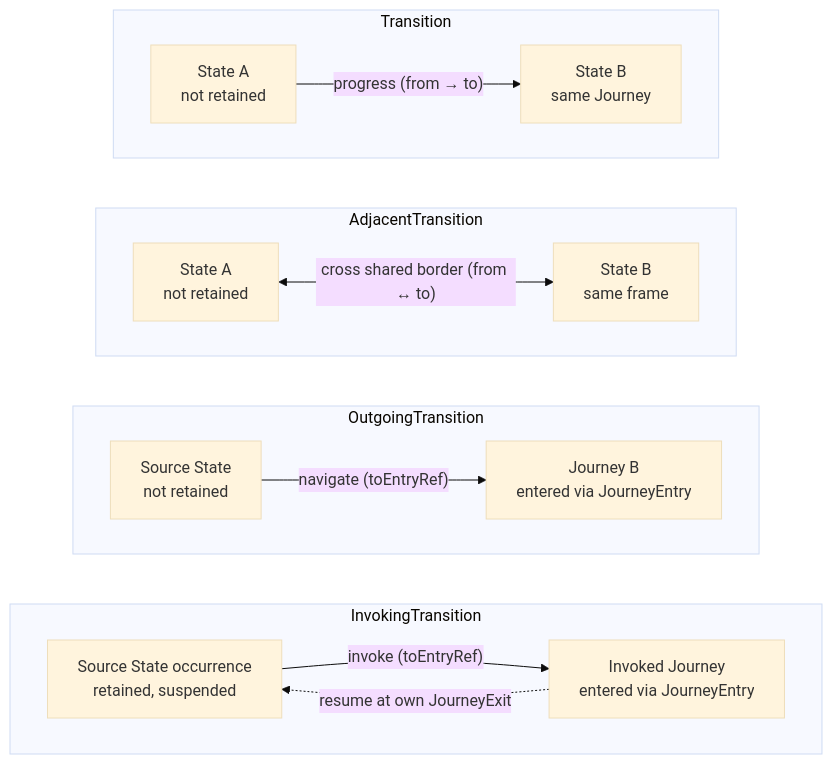
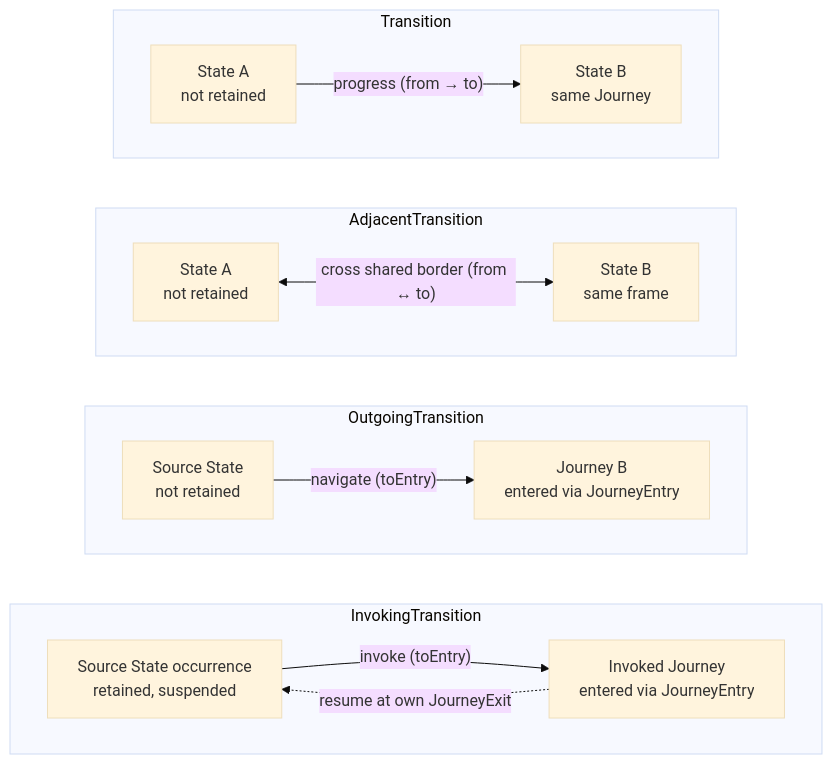
One commit to openuji/spec-ujg changed the fourth of 15 diagrams in specs/ed/graph/index.md. Above: the diagram before and after it, drawn with Mermaid (base theme). The commit also changed other lines of this file and 370 other files, not shown here.

````diff
--- a/specs/ed/graph/index.md
+++ b/specs/ed/graph/index.md
@@ -356,27 +256,27 @@
 ```mermaid
 flowchart TB
   subgraph T["Transition"]
     direction LR
     T1["State A<br/>not retained"] -->|"progress (from → to)"| T2["State B<br/>same Journey"]
   end
 
   subgraph A["AdjacentTransition"]
     direction LR
     A1["State A<br/>not retained"] <-->|"cross shared border (from ↔ to)"| A2["State B<br/>same frame"]
   end
 
   subgraph O["OutgoingTransition"]
     direction LR
-    O1["Source State<br/>not retained"] -->|"navigate (toEntryRef)"| O2["Journey B<br/>entered via JourneyEntry"]
+    O1["Source State<br/>not retained"] -->|"navigate (toEntry)"| O2["Journey B<br/>entered via JourneyEntry"]
   end
 
   subgraph I["InvokingTransition"]
     direction LR
-    I1["Source State occurrence<br/>retained, suspended"] -->|"invoke (toEntryRef)"| I2["Invoked Journey<br/>entered via JourneyEntry"]
+    I1["Source State occurrence<br/>retained, suspended"] -->|"invoke (toEntry)"| I2["Invoked Journey<br/>entered via JourneyEntry"]
     I2 -.->|"resume at own JourneyExit"| I1
   end
 
   T ~~~ A
   A ~~~ O
   O ~~~ I
 ```
````
